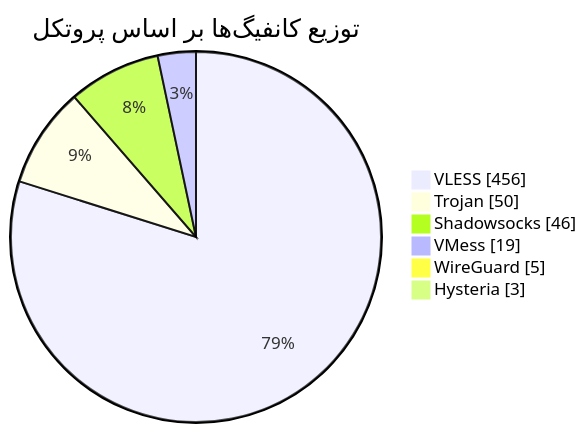
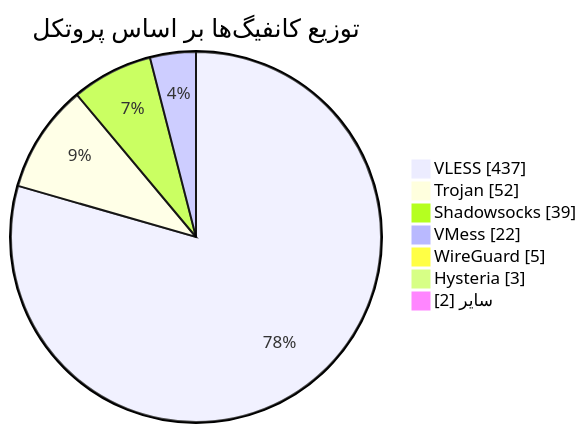
The diagram in README.md (Arian-Alijani/Somthing), drawn with Mermaid before and after one commit. The commit also changed other lines of this file and 83 other files, not shown here.

````diff
--- a/README.md
+++ b/README.md
@@ -48,10 +49,11 @@
 ```mermaid
 pie showData
     title توزیع کانفیگ‌ها بر اساس پروتکل
-    "VLESS" : 456
-    "Trojan" : 50
-    "Shadowsocks" : 46
-    "VMess" : 19
+    "VLESS" : 437
+    "Trojan" : 52
+    "Shadowsocks" : 39
+    "VMess" : 22
     "WireGuard" : 5
     "Hysteria" : 3
+    "سایر" : 2
 ```
````
